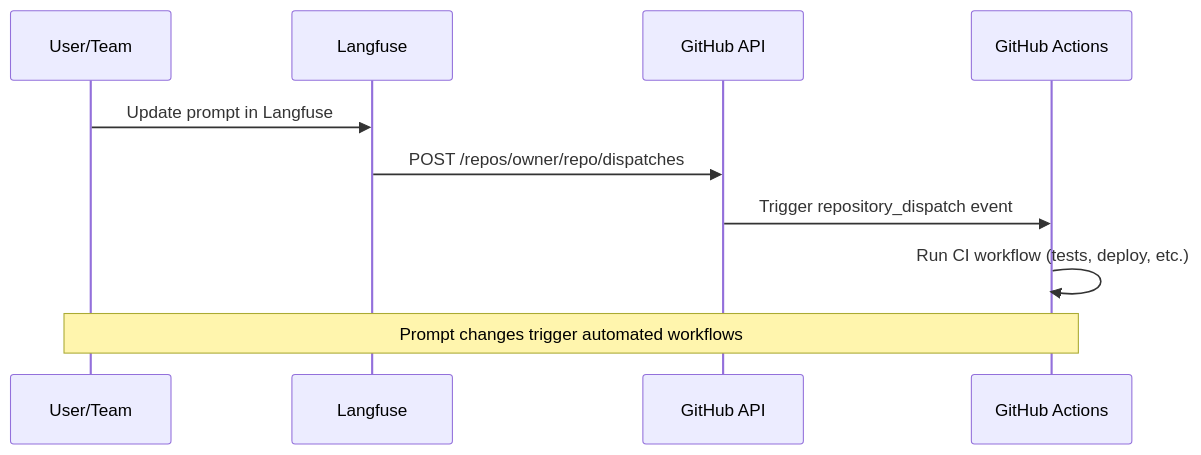
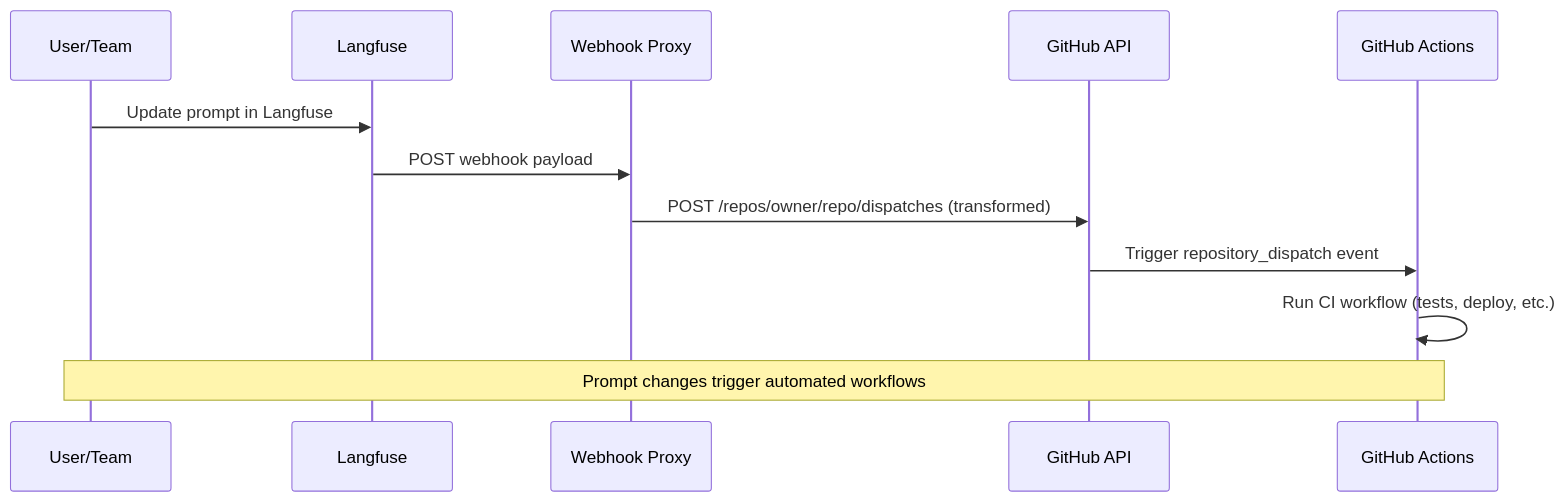
One commit to langfuse/langfuse-docs changed the first of 2 diagrams in pages/docs/prompt-management/features/github-integration.mdx. Above: the diagram before and after it, drawn with Mermaid. The commit also changed other lines of this file and 2 other files, not shown here.

Commit message:
Update GitHub stars and refine webhook proxy documentation

````diff
--- a/pages/docs/prompt-management/features/github-integration.mdx
+++ b/pages/docs/prompt-management/features/github-integration.mdx
@@ -18,13 +18,15 @@
 ```mermaid
 sequenceDiagram
     participant User as User/Team
     participant LF as Langfuse
+    participant Proxy as Webhook Proxy
     participant GH as GitHub API
     participant Actions as GitHub Actions
 
     User->>LF: Update prompt in Langfuse
-    LF->>GH: POST /repos/owner/repo/dispatches
+    LF->>Proxy: POST webhook payload
+    Proxy->>GH: POST /repos/owner/repo/dispatches (transformed)
     GH->>Actions: Trigger repository_dispatch event
     Actions->>Actions: Run CI workflow (tests, deploy, etc.)
     Note over User,Actions: Prompt changes trigger automated workflows
 ```
````
